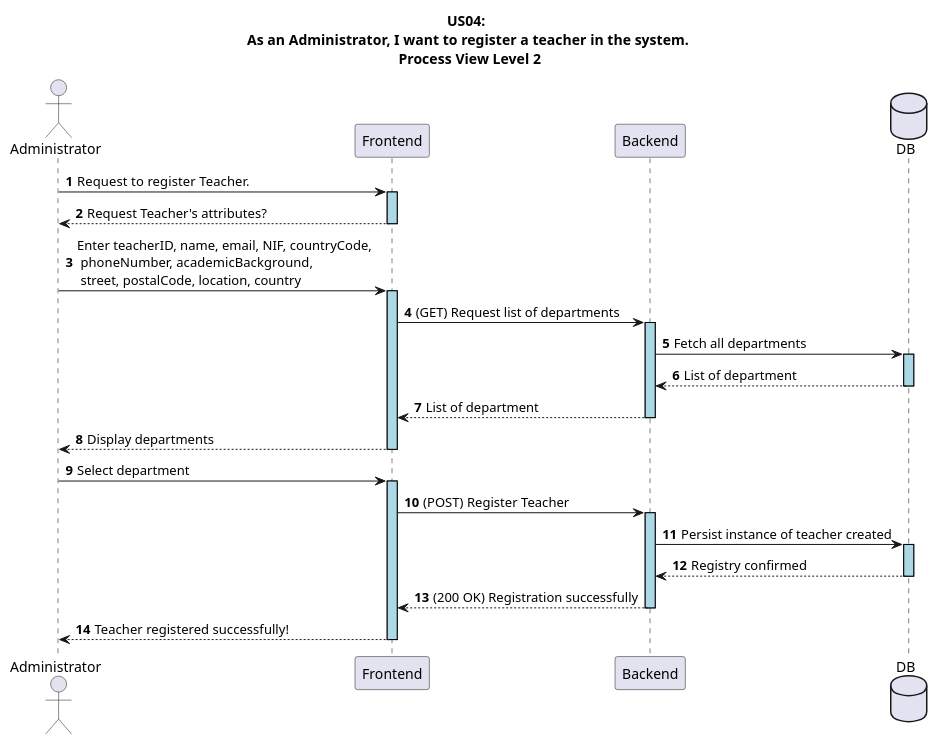
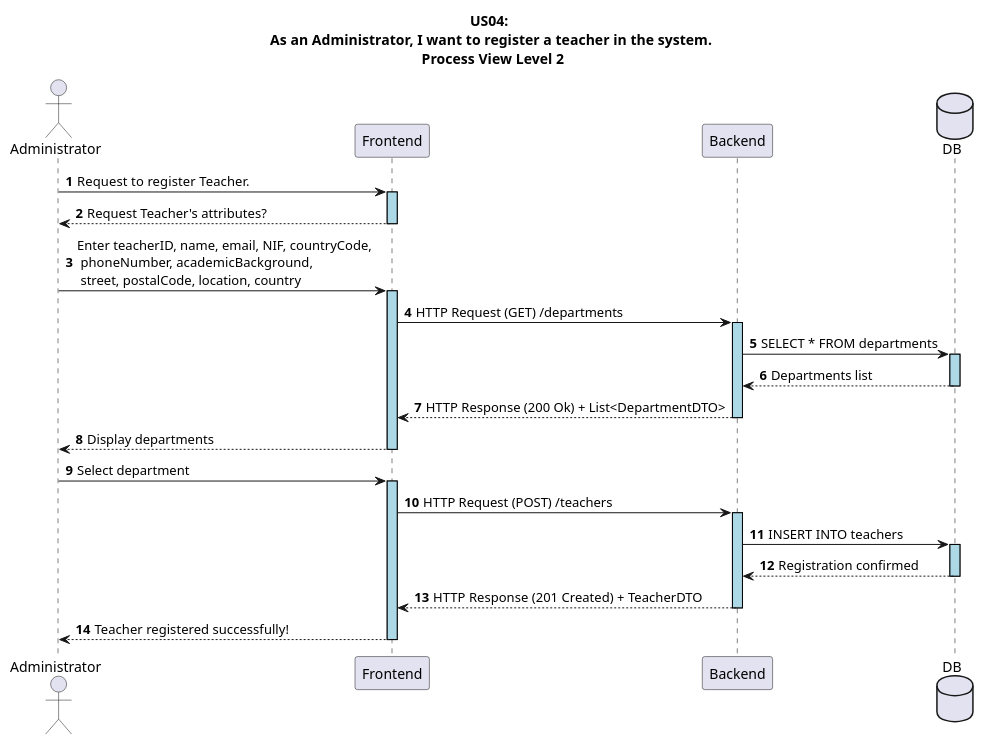
One commit to GasparISEP/DevOps-PAI changed the diagram in docs/US04/Sprint6/ProcessView/Level2.puml. Above: the diagram before and after it, drawn with PlantUML.

Commit message:
refactor(Level2.puml): update API request and response formats for teacher registration. #719

```diff
--- a/docs/US04/Sprint6/ProcessView/Level2.puml
+++ b/docs/US04/Sprint6/ProcessView/Level2.puml
@@ -1,35 +1,35 @@
 @startuml
 autonumber
 
 skinparam sequence {
    LifelineBorderColor black
    LifelineBackgroundColor LightBlue
  }
 
 title US04: \n As an Administrator, I want to register a teacher in the system. \n Process View Level 2
 
 actor Administrator
 participant "Frontend" as FE
 participant "Backend" as BE
 database DB
 
 Administrator -> FE ++: Request to register Teacher.
 FE --> Administrator --: Request Teacher's attributes?
 
 Administrator -> FE ++: Enter teacherID, name, email, NIF, countryCode, \n phoneNumber, academicBackground, \n street, postalCode, location, country
 
-FE -> BE ++: (GET) Request list of departments
-BE -> DB ++: Fetch all departments
-DB --> BE --: List of department
-BE --> FE --: List of department
+FE -> BE ++: HTTP Request (GET) /departments
+BE -> DB ++: SELECT * FROM departments
+DB --> BE --: Departments list
+BE --> FE --: HTTP Response (200 Ok) + List<DepartmentDTO>
 FE --> Administrator --: Display departments
 
 Administrator -> FE ++: Select department
 
-FE -> BE ++: (POST) Register Teacher
-BE -> DB ++: Persist instance of teacher created
-DB --> BE --: Registry confirmed
-BE --> FE --: (200 OK) Registration successfully
+FE -> BE ++: HTTP Request (POST) /teachers
+BE -> DB ++: INSERT INTO teachers
+DB --> BE --: Registration confirmed
+BE --> FE --: HTTP Response (201 Created) + TeacherDTO
 FE --> Administrator --: Teacher registered successfully!
 
 @enduml
```
